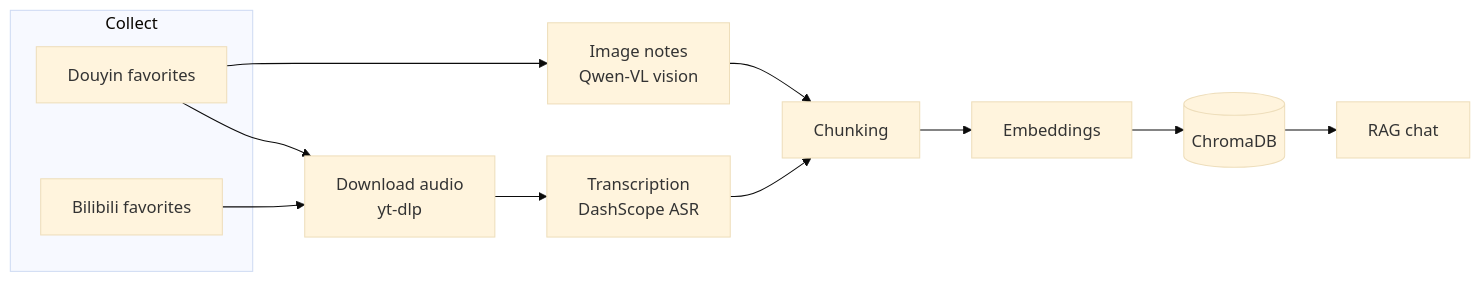
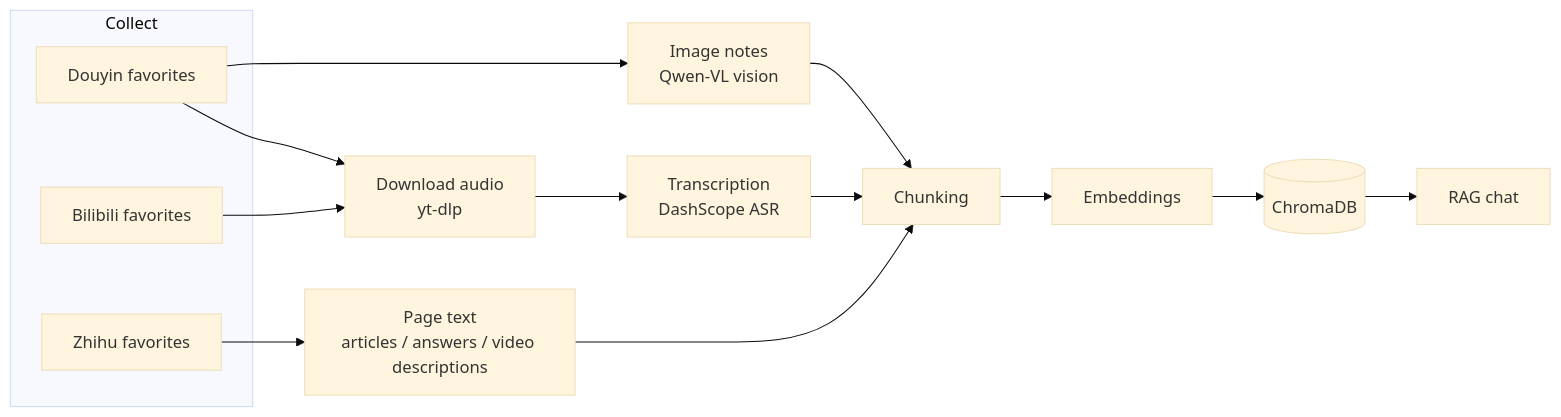
Before and after one commit to EypeZeo/Akasha-RAG: the diagram in docs/README.en.md, drawn with Mermaid (base theme). The commit also changed other lines of this file and 8 other files, not shown here.

````diff
--- a/docs/README.en.md
+++ b/docs/README.en.md
@@ -21,16 +29,19 @@
 ```mermaid
 flowchart LR
     subgraph col["Collect"]
         DY[Douyin favorites]
         BILI[Bilibili favorites]
+        ZH[Zhihu favorites]
     end
     DY --> DL[Download audio<br/>yt-dlp]
     BILI --> DL
     DY --> IMG[Image notes<br/>Qwen-VL vision]
+    ZH --> TEXT[Page text<br/>articles / answers / video descriptions]
     DL --> ASR[Transcription<br/>DashScope ASR]
     ASR --> CHUNK[Chunking]
     IMG --> CHUNK
+    TEXT --> CHUNK
     CHUNK --> EMBED[Embeddings]
     EMBED --> VDB[(ChromaDB)]
     VDB --> CHAT[RAG chat]
 ```
````
